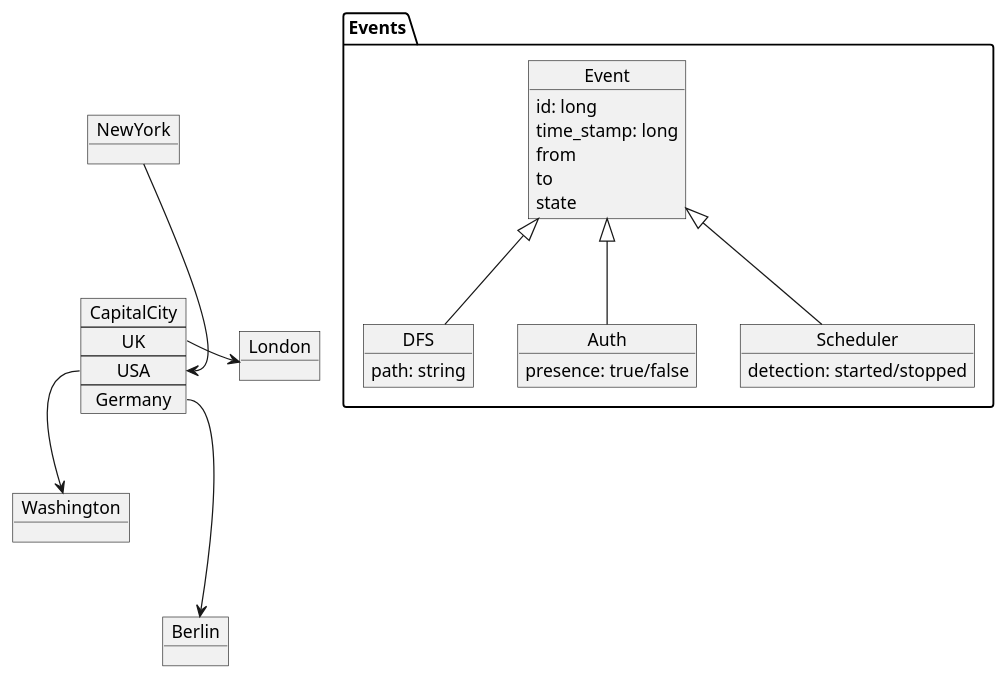
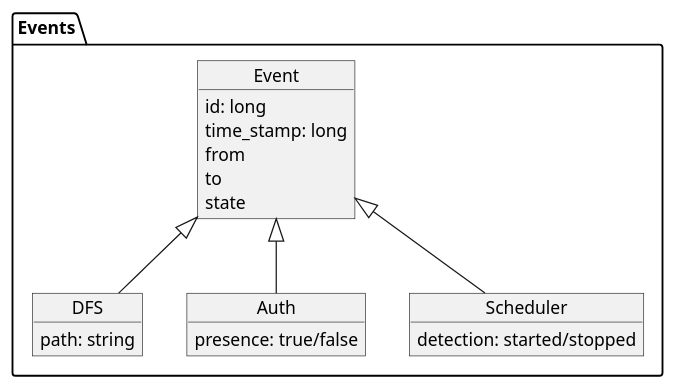
Before and after one commit to saratoga8/motion_notifier: the diagram in docs/use_cases/events.puml, drawn with PlantUML. The commit also changed 2 other files, not shown here.

```diff
--- a/docs/use_cases/events.puml
+++ b/docs/use_cases/events.puml
@@ -1,42 +1,30 @@
 @startuml
 'https://plantuml.com/object-diagram
 
 package Events {
   object Event {
     id: long
     time_stamp: long
     from
     to
     state
   }
 
   object DFS {
     path: string
   }
 
   object Auth {
     presence: true/false
   }
 
   object Scheduler {
     detection: started/stopped
   }
 }
 
 DFS -up-|>Event
 Auth -up-|>Event
 Scheduler -up-|>Event
 
-object London
-object Washington
-object Berlin
-object NewYork
-
-map CapitalCity {
- UK *-> London
- USA *--> Washington
- Germany *---> Berlin
-}
-
-NewYork --> CapitalCity::USA
 @enduml
```
